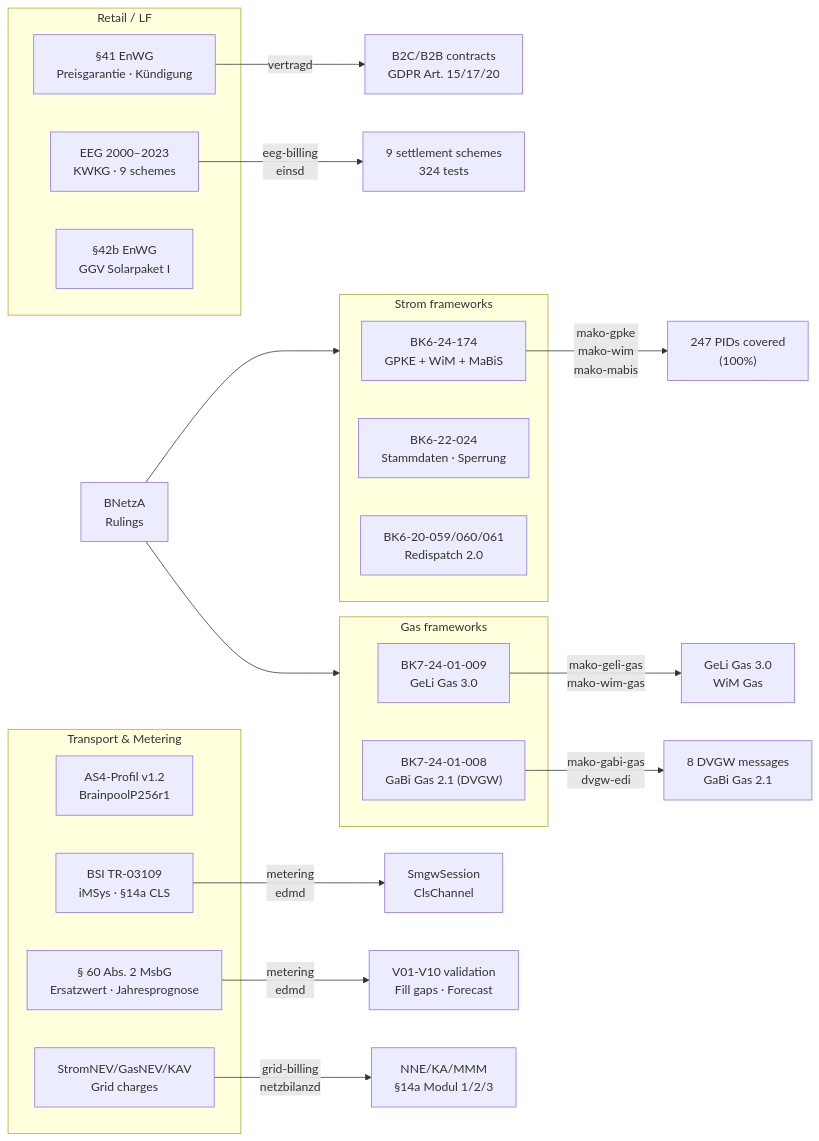
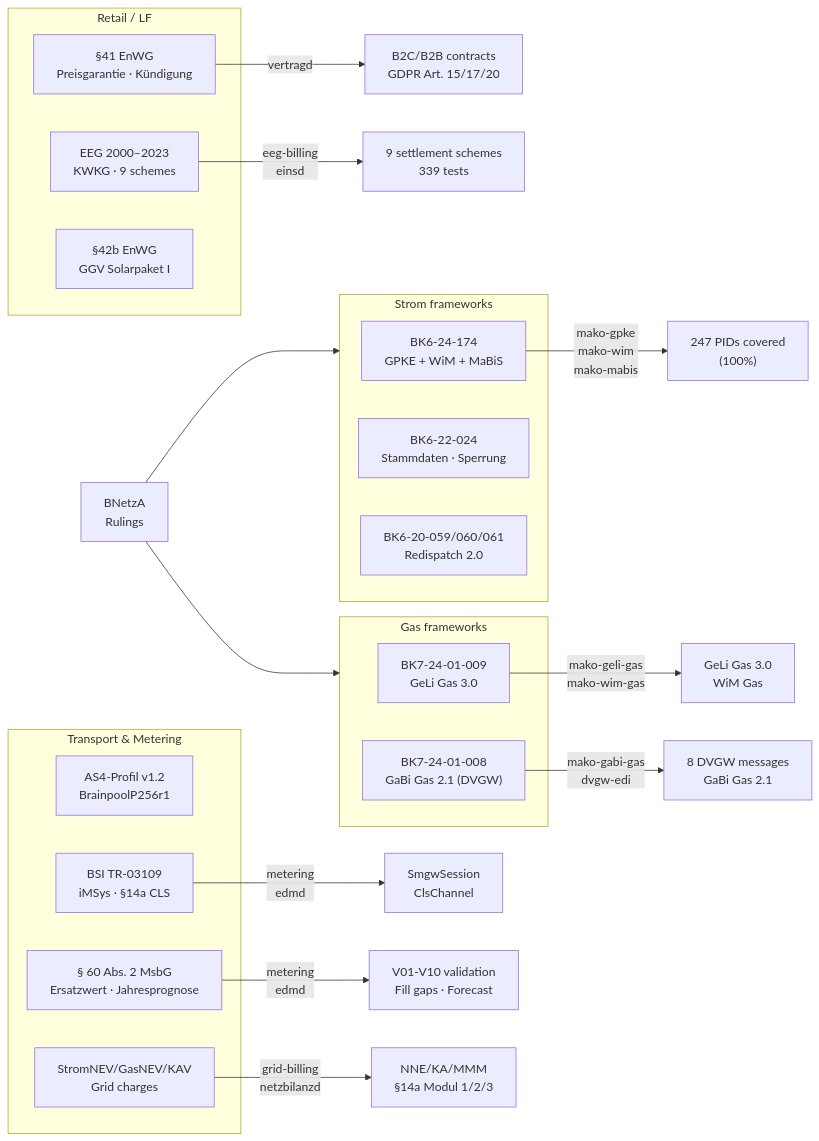
The diagram in docs/regulatory.md (hupe1980/mako), drawn with Mermaid before and after one commit. The commit also changed 23 other files, not shown here.

````diff
--- a/docs/regulatory.md
+++ b/docs/regulatory.md
@@ -29,40 +29,40 @@
 ```mermaid
 graph LR
     BNetzA["BNetzA\nRulings"]
 
     subgraph strom ["Strom frameworks"]
         BK6_24["BK6-24-174\nGPKE + WiM + MaBiS"]
         BK6_22["BK6-22-024\nStammdaten · Sperrung"]
         BK6_20["BK6-20-059/060/061\nRedispatch 2.0"]
     end
 
     subgraph gas ["Gas frameworks"]
         BK7_24["BK7-24-01-009\nGeLi Gas 3.0"]
         BK7_14["BK7-24-01-008\nGaBi Gas 2.1 (DVGW)"]
     end
 
     subgraph retail ["Retail / LF"]
         ENW41["§41 EnWG\nPreisgarantie · Kündigung"]
         EEG["EEG 2000–2023\nKWKG · 9 schemes"]
         SOLA["§42b EnWG\nGGV Solarpaket I"]
     end
 
     subgraph transport ["Transport & Metering"]
         AS4["AS4-Profil v1.2\nBrainpoolP256r1"]
         BSI["BSI TR-03109\niMSys · §14a CLS"]
         MsbG["§ 60 Abs. 2 MsbG\nErsatzwert · Jahresprognose"]
         NNNEV["StromNEV/GasNEV/KAV\nGrid charges"]
     end
 
     BNetzA --> strom
     BNetzA --> gas
 
     BK6_24 -->|"mako-gpke\nmako-wim\nmako-mabis"| GPKE_impl["247 PIDs covered\n(100%)"]
     BK7_24 -->|"mako-geli-gas\nmako-wim-gas"| GAS_impl["GeLi Gas 3.0\nWiM Gas"]
     BK7_14 -->|"mako-gabi-gas\ndvgw-edi"| DVGW_impl["8 DVGW messages\nGaBi Gas 2.1"]
     ENW41 -->|"vertragd"| LF_impl["B2C/B2B contracts\nGDPR Art. 15/17/20"]
-    EEG -->|"eeg-billing\neinsd"| EEG_impl["9 settlement schemes\n324 tests"]
+    EEG -->|"eeg-billing\neinsd"| EEG_impl["9 settlement schemes\n339 tests"]
     BSI -->|"metering\nedmd"| IOT_impl["SmgwSession\nClsChannel"]
     MsbG -->|"metering\nedmd"| SUB_impl["V01-V10 validation\nFill gaps · Forecast"]
     NNNEV -->|"grid-billing\nnetzbilanzd"| NNE_impl["NNE/KA/MMM\n§14a Modul 1/2/3"]
 ```
````
